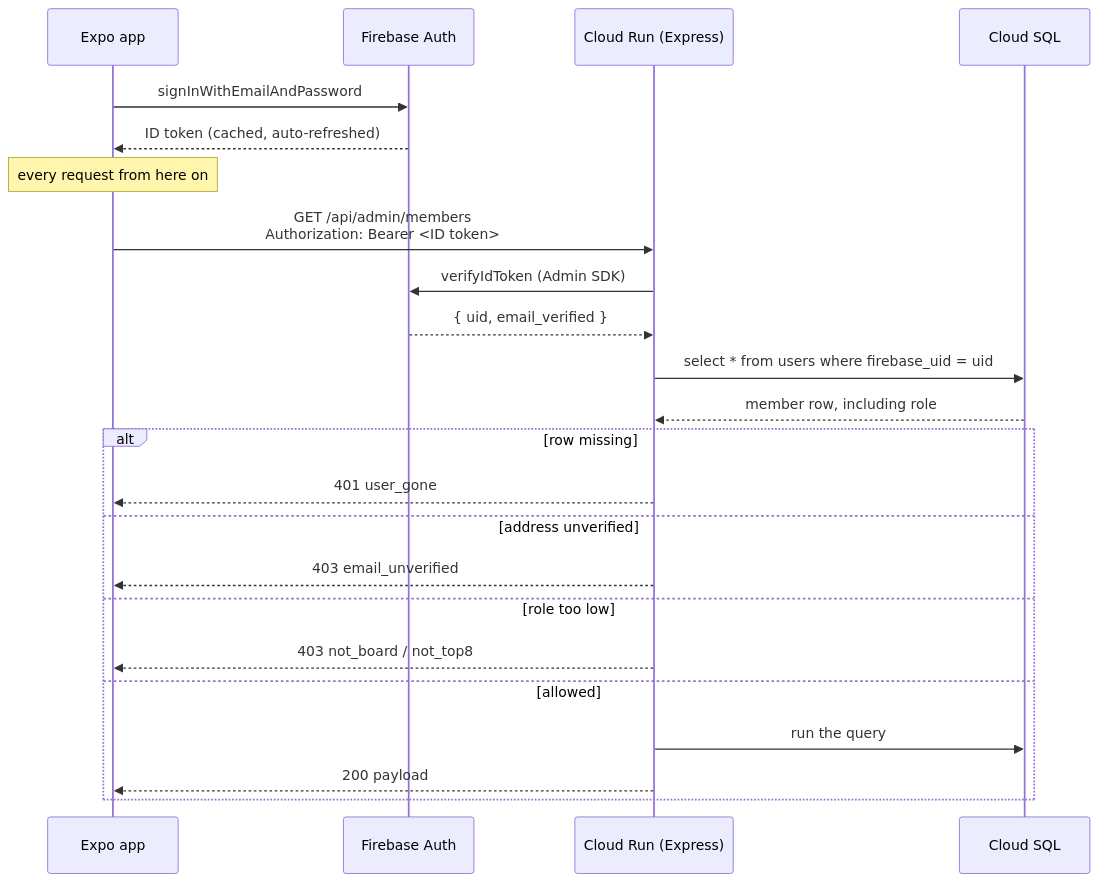
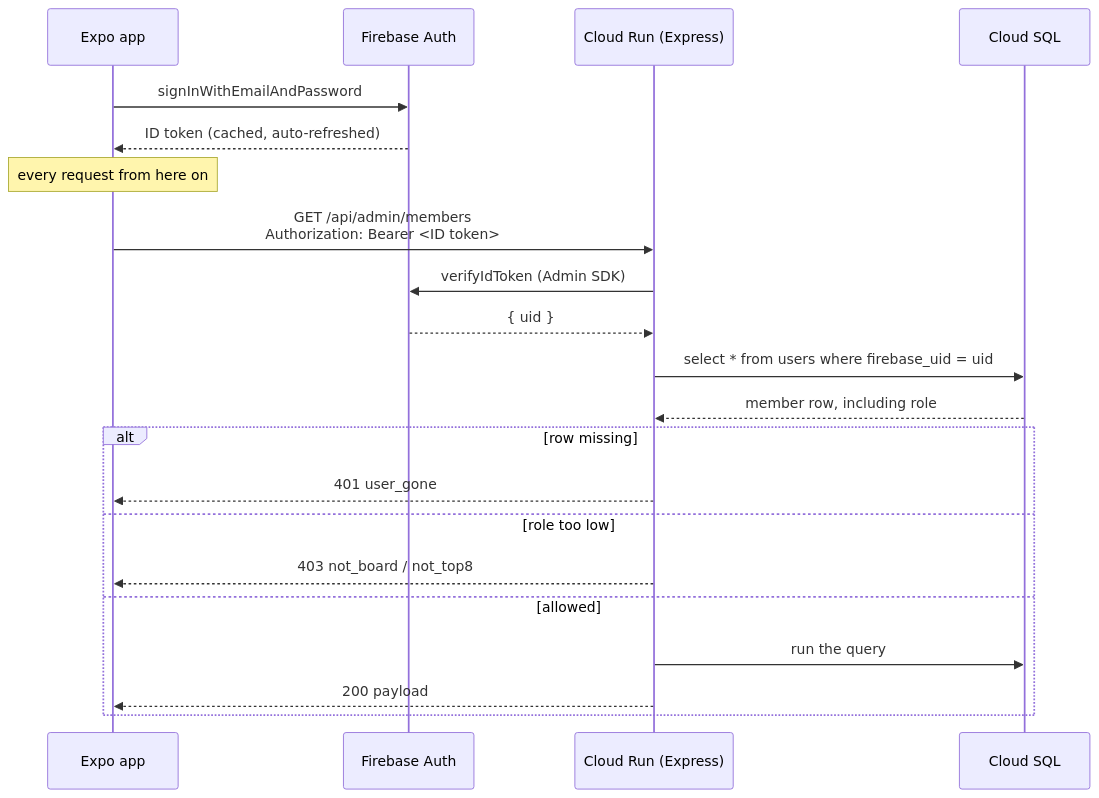
The second of 12 diagrams in docs/ARCHITECTURE.md (SHPE-UIC/shpe-web-app), drawn with Mermaid before and after one commit. The commit also changed other lines of this file and 22 other files, not shown here.

Commit message:
Revert "Add email verification gate and backfill flow"

````diff
--- a/docs/ARCHITECTURE.md
+++ b/docs/ARCHITECTURE.md
@@ -80,28 +80,26 @@
 ```mermaid
 sequenceDiagram
     participant App as Expo app
     participant FB as Firebase Auth
     participant API as Cloud Run (Express)
     participant DB as Cloud SQL
 
     App->>FB: signInWithEmailAndPassword
     FB-->>App: ID token (cached, auto-refreshed)
 
     Note over App: every request from here on
     App->>API: GET /api/admin/members<br/>Authorization: Bearer <ID token>
     API->>FB: verifyIdToken (Admin SDK)
-    FB-->>API: { uid, email_verified }
+    FB-->>API: { uid }
     API->>DB: select * from users where firebase_uid = uid
     DB-->>API: member row, including role
 
     alt row missing
         API-->>App: 401 user_gone
-    else address unverified
-        API-->>App: 403 email_unverified
     else role too low
         API-->>App: 403 not_board / not_top8
     else allowed
         API->>DB: run the query
         API-->>App: 200 payload
     end
 ```
````
